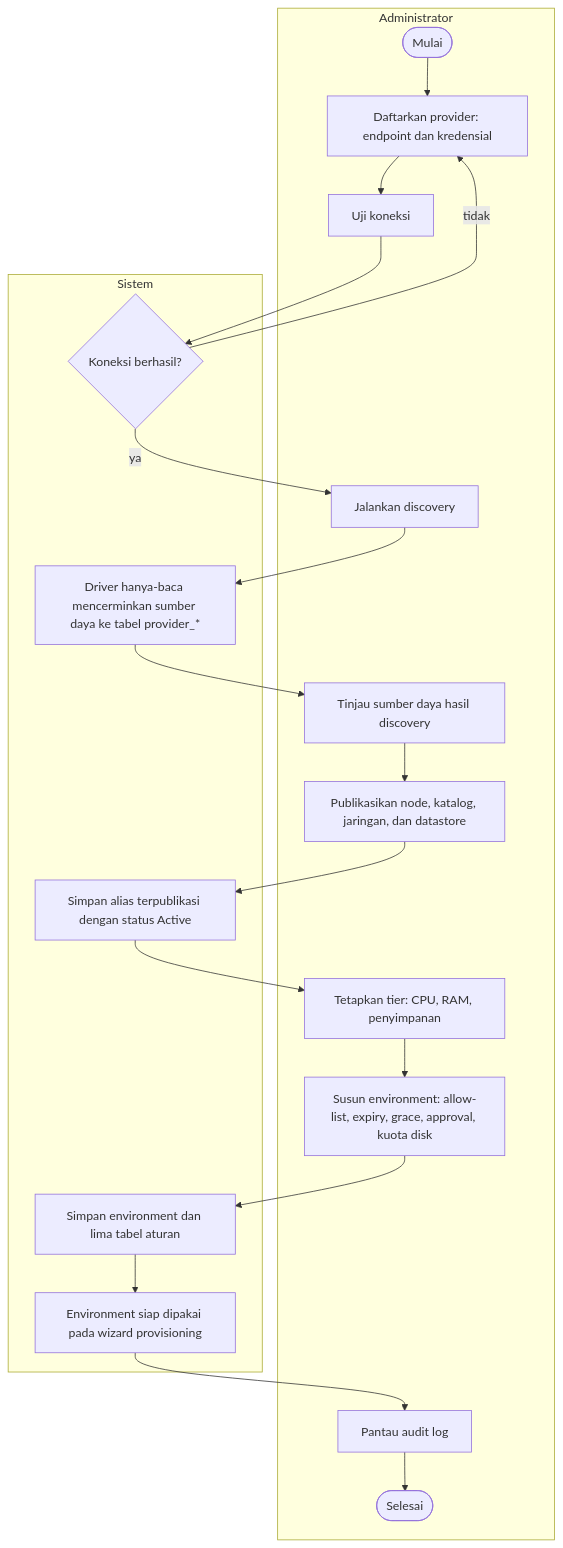
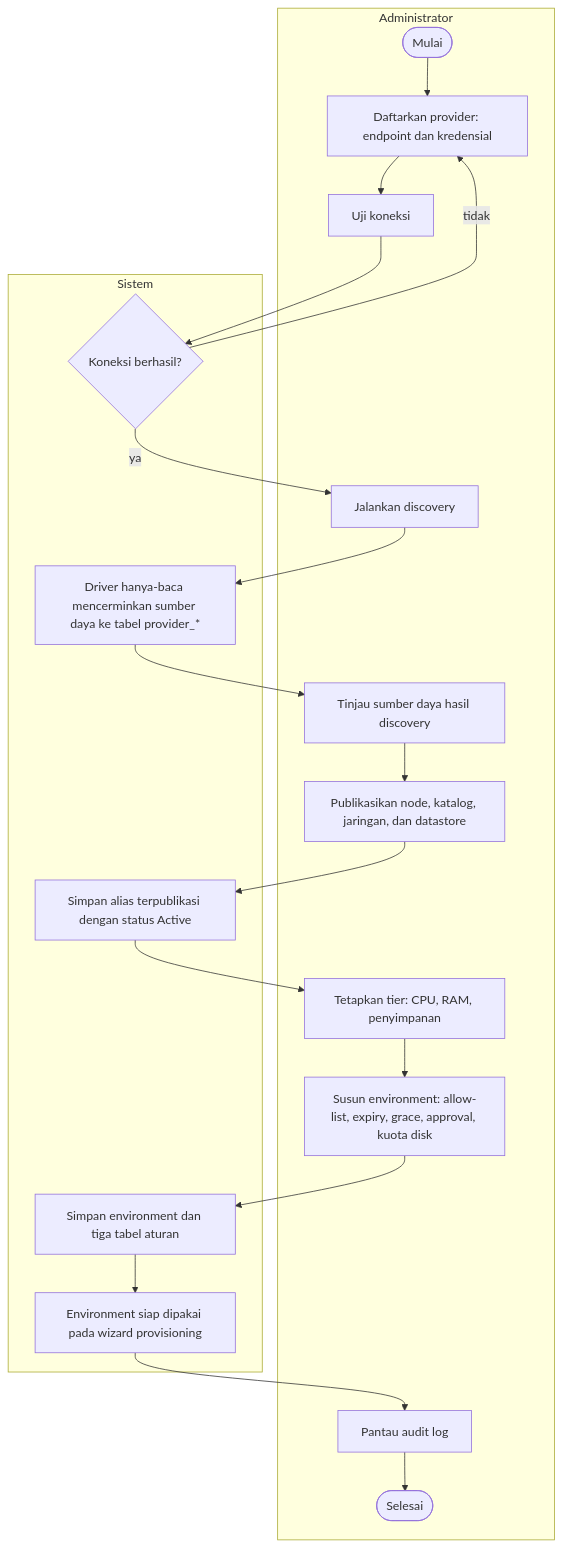
One commit to ardyxmr/skripsi changed the diagram in diagram-3-13-activity-admin.md. Above: the diagram before and after it, drawn with Mermaid. The commit also changed 46 other files, not shown here.

````diff
--- a/diagram-3-13-activity-admin.md
+++ b/diagram-3-13-activity-admin.md
@@ -9,29 +9,29 @@
 ```mermaid
 flowchart TB
     subgraph AD [Administrator]
         S1([Mulai])
         A1[Daftarkan provider: endpoint dan kredensial]
         A2[Uji koneksi]
         A3[Jalankan discovery]
         A4[Tinjau sumber daya hasil discovery]
         A5[Publikasikan node, katalog, jaringan, dan datastore]
         A6[Tetapkan tier: CPU, RAM, penyimpanan]
         A7[Susun environment: allow-list, expiry, grace, approval, kuota disk]
         A8[Pantau audit log]
         E1([Selesai])
     end
 
     subgraph SY [Sistem]
         C1{Koneksi berhasil?}
         D1[Driver hanya-baca mencerminkan sumber daya ke tabel provider_*]
         P1[Simpan alias terpublikasi dengan status Active]
-        R1[Simpan environment dan lima tabel aturan]
+        R1[Simpan environment dan tiga tabel aturan]
         ENR[Environment siap dipakai pada wizard provisioning]
     end
 
     S1 --> A1 --> A2 --> C1
     C1 -- tidak --> A1
     C1 -- ya --> A3
     A3 --> D1 --> A4 --> A5 --> P1 --> A6 --> A7 --> R1 --> ENR
     ENR --> A8 --> E1
 ```
````
